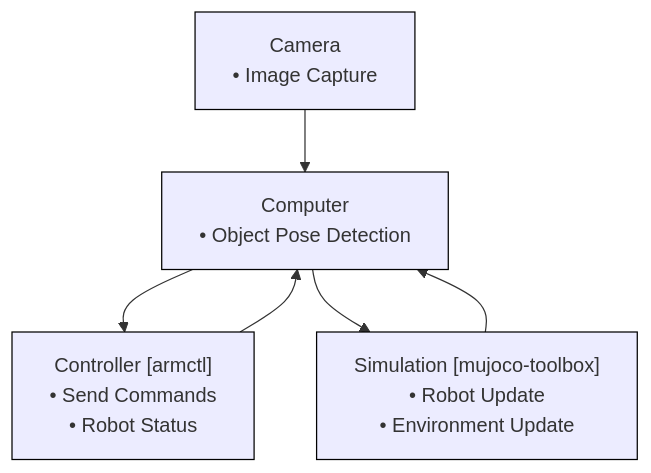
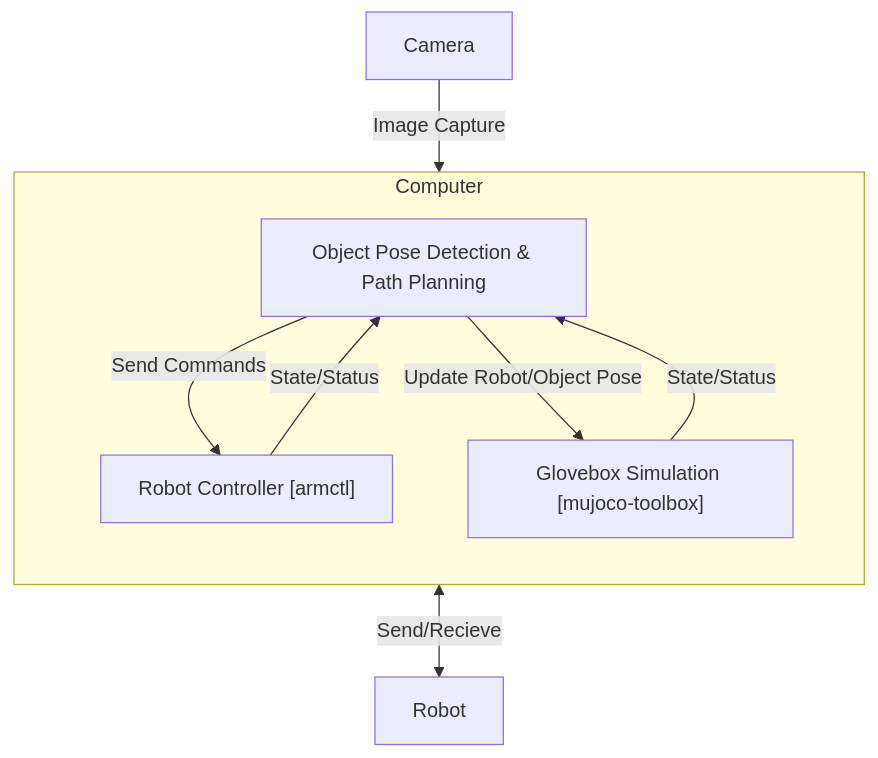
Before and after one commit to MGross21/Agnostic-Digital-Twin-Robotic-Controller: the diagram in README.md, drawn with Mermaid. The commit also changed other lines of this file, not shown here.

Commit message:
refactor: update flowchart in README for improved clarity and structure

````diff
--- a/README.md
+++ b/README.md
@@ -30,19 +30,19 @@
 ```mermaid
 flowchart TD
-    Camera["Camera
-• Image Capture"] --> Computer["Computer
-• Object Pose Detection"]
-    Computer --> Controller["Controller [armctl]
-• Send Commands
-• Robot Status"]
-    Controller --> Computer
-    Computer --> Simulation["Simulation [mujoco-toolbox]
-• Robot Update
-• Environment Update"]
-    Simulation --> Computer
+    Camera -- "Image Capture" --> Computer
 
-    style Camera stroke:#000000
-    style Computer stroke:#000000
-    style Controller stroke:#000000
-    style Simulation stroke:#000000
+    subgraph Computer["Computer"]
+        direction TB
+        Pose["Object Pose Detection & Path Planning"]
+        Controller["Robot Controller [armctl]"]
+        Simulation["Glovebox Simulation [mujoco-toolbox]"]
+    end
+
+    Pose -- "Send Commands" --> Controller
+    Controller -- "State/Status" --> Pose
+
+    Pose -- "Update Robot/Object Pose" --> Simulation
+    Simulation -- "State/Status" --> Pose
+
+    Controller <--"Send/Recieve"--> Robot["Robot"]
 ```
````
